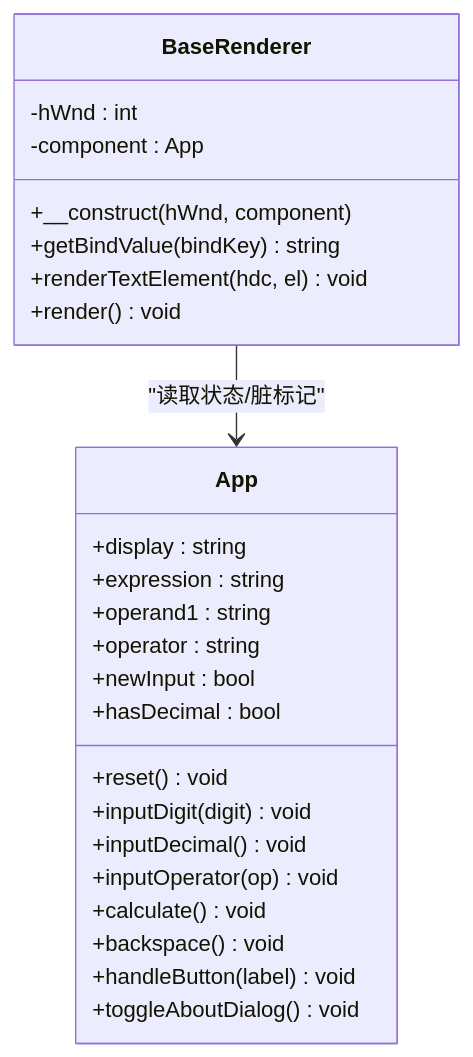
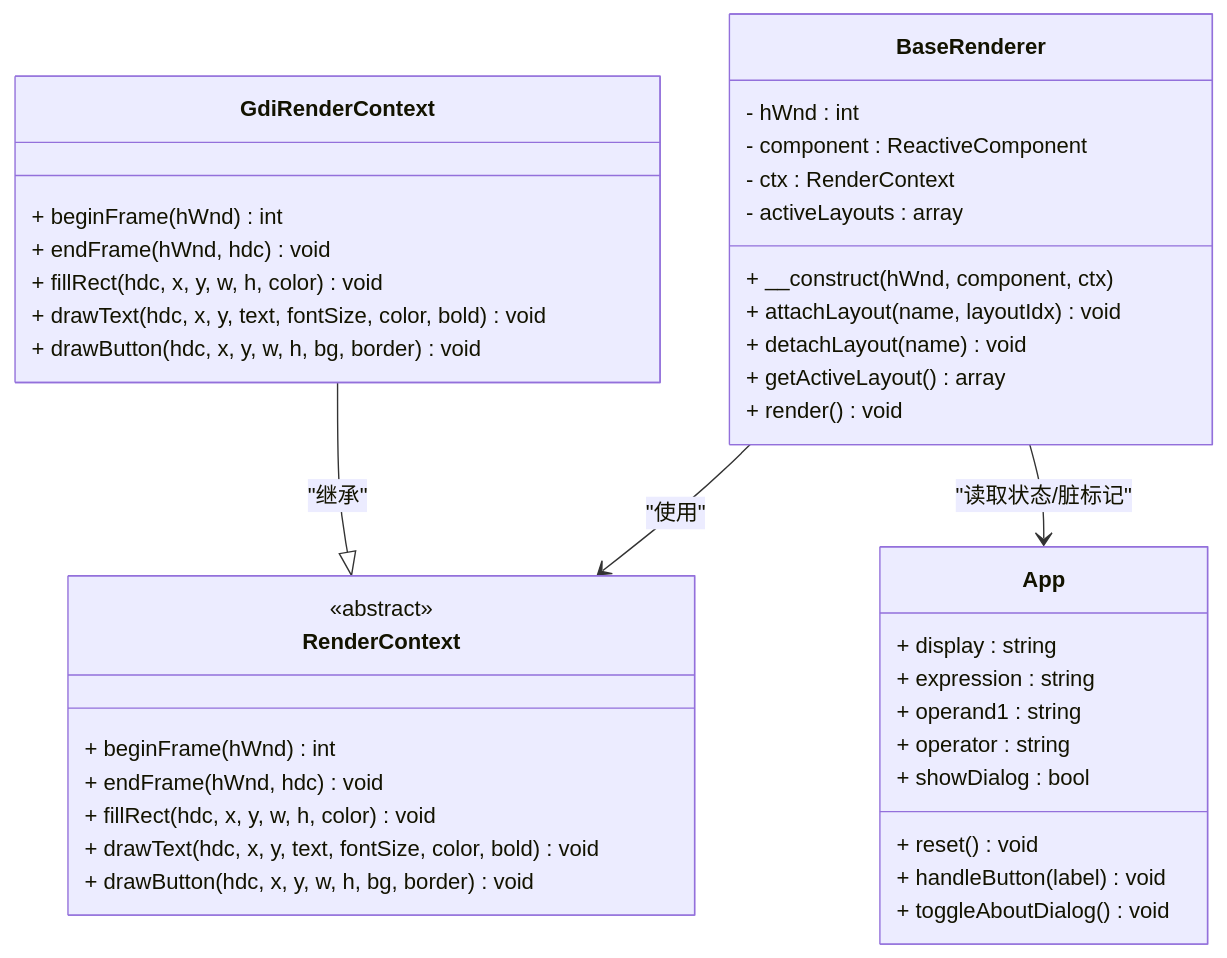
One commit to xingye00186/PHP-Data-UI-Framework-powered-by-swooleAOT changed the fourth of 8 diagrams in .qoder/repowiki/zh/content/应用程序生命周期/应用程序生命周期.md. Above: the diagram before and after it, drawn with Mermaid. The commit also changed other lines of this file and 10 other files, not shown here.

````diff
--- a/.qoder/repowiki/zh/content/应用程序生命周期/应用程序生命周期.md
+++ b/.qoder/repowiki/zh/content/应用程序生命周期/应用程序生命周期.md
@@ -166,28 +196,42 @@
 ```mermaid
 classDiagram
 class BaseRenderer {
--hWnd : int
--component : App
-+__construct(hWnd, component)
-+getBindValue(bindKey) string
-+renderTextElement(hdc, el) void
-+render() void
+- hWnd : int
+- component : ReactiveComponent
+- ctx : RenderContext
+- activeLayouts : array
++ __construct(hWnd, component, ctx)
++ attachLayout(name, layoutIdx) void
++ detachLayout(name) void
++ getActiveLayout() array
++ render() void
+}
+class RenderContext {
+<<abstract>>
++ beginFrame(hWnd) int
++ endFrame(hWnd, hdc) void
++ fillRect(hdc, x, y, w, h, color) void
++ drawText(hdc, x, y, text, fontSize, color, bold) void
++ drawButton(hdc, x, y, w, h, bg, border) void
+}
+class GdiRenderContext {
++ beginFrame(hWnd) int
++ endFrame(hWnd, hdc) void
++ fillRect(hdc, x, y, w, h, color) void
++ drawText(hdc, x, y, text, fontSize, color, bold) void
++ drawButton(hdc, x, y, w, h, bg, border) void
 }
 class App {
-+display : string
-+expression : string
-+operand1 : string
-+operator : string
-+newInput : bool
-+hasDecimal : bool
-+reset() void
-+inputDigit(digit) void
-+inputDecimal() void
-+inputOperator(op) void
-+calculate() void
-+backspace() void
-+handleButton(label) void
-+toggleAboutDialog() void
++ display : string
++ expression : string
++ operand1 : string
++ operator : string
++ showDialog : bool
++ reset() void
++ handleButton(label) void
++ toggleAboutDialog() void
 }
+BaseRenderer --> RenderContext : "使用"
+GdiRenderContext --|> RenderContext : "继承"
 BaseRenderer --> App : "读取状态/脏标记"
 ```
````
